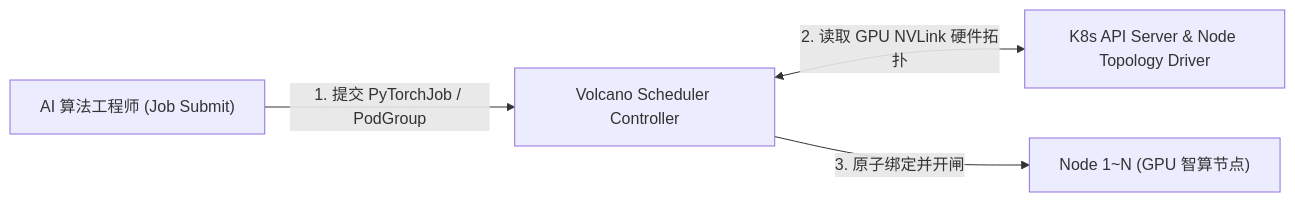
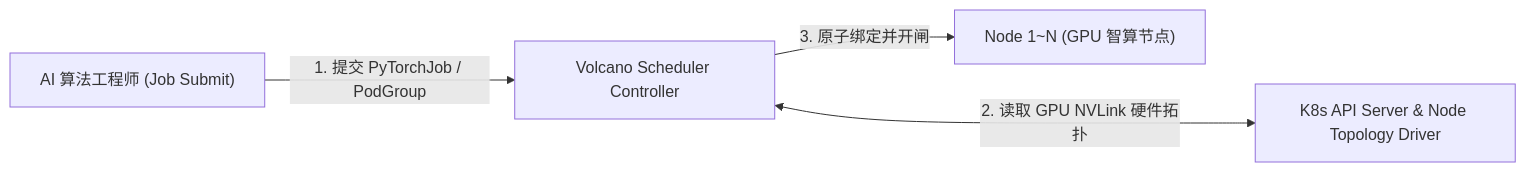
One commit to koosai/AI-Architect-Learning changed the third of 6 diagrams in docs/atlas/gpu-cluster-scheduling.mdx. Above: the diagram before and after it, drawn with Mermaid. The commit also changed other lines of this file and 68 other files, not shown here.

Commit message:
fix(atlas): fix browser client-side Mermaid rendering for mindmaps and flowcharts across 67 case studies

````diff
--- a/docs/atlas/gpu-cluster-scheduling.mdx
+++ b/docs/atlas/gpu-cluster-scheduling.mdx
@@ -113,6 +113,6 @@
 ```mermaid
 graph LR
   AIEngineer["AI 算法工程师 (Job Submit)"] -->|1. 提交 PyTorchJob / PodGroup| VolcanoController["Volcano Scheduler Controller"]
-  VolcanoController <-->|2. 读取 GPU NVLink 硬件拓扑| K8sAPIServer["K8s API Server & Node Topology Driver"]
+  VolcanoController <--->|2. 读取 GPU NVLink 硬件拓扑| K8sAPIServer["K8s API Server & Node Topology Driver"]
   VolcanoController -->|3. 原子绑定并开闸| GPUNodes["Node 1~N (GPU 智算节点)"]
 ```
````
